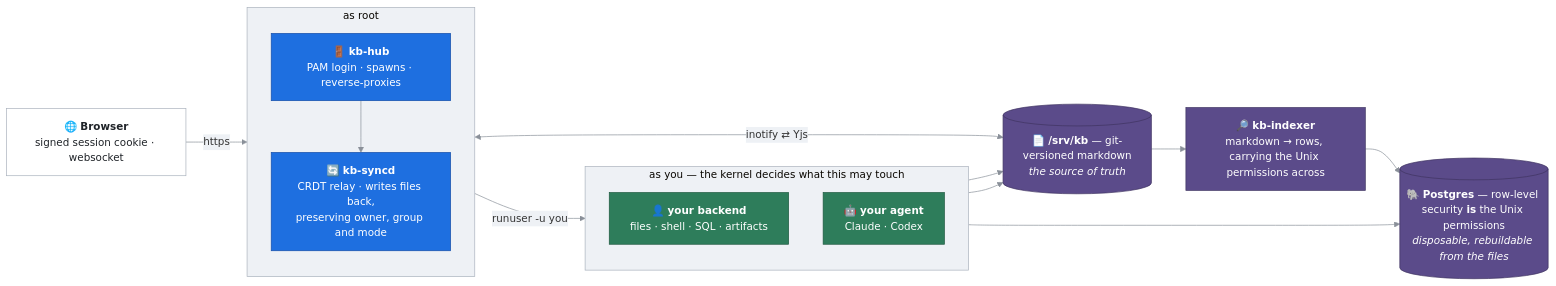
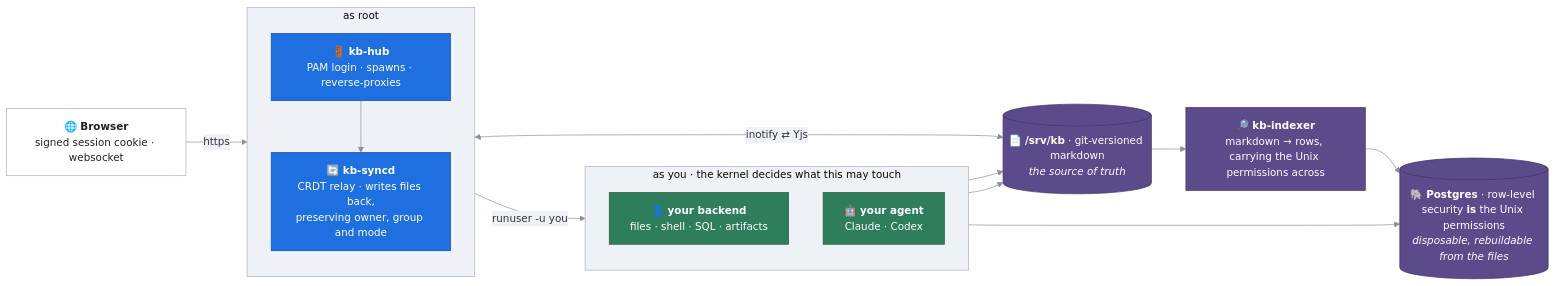
One commit to Ollsoft-ai/ollsoft-company-os changed the diagram in docs/ARCHITECTURE.md. Above: the diagram before and after it, drawn with Mermaid. The commit also changed 1 other file, not shown here.

Commit message:
Put the architecture diagram on the front page too
It is the one picture that answers "what is actually running", and sending a
reader to another file to see it costs more than the few lines it takes here.
Its labels lost their em dashes with the rest of the page.

````diff
--- a/docs/ARCHITECTURE.md
+++ b/docs/ARCHITECTURE.md
@@ -7,44 +7,44 @@
 ```mermaid
 %%{init: {"theme":"base","themeVariables":{
   "fontFamily":"ui-sans-serif, system-ui, sans-serif","fontSize":"15px",
   "lineColor":"#8a9099","textColor":"#1f2328",
   "clusterBkg":"#eef1f5","clusterBorder":"#aab2bd",
   "edgeLabelBackground":"#eef1f5"
 }}}%%
 flowchart LR
     B["🌐 <b>Browser</b><br/>signed session cookie · websocket"]
 
     subgraph ROOT ["as root"]
         direction TB
         HUB["🚪 <b>kb-hub</b><br/>PAM login · spawns · reverse-proxies"]
         SYNC["🔄 <b>kb-syncd</b><br/>CRDT relay · writes files back,<br/>preserving owner, group and mode"]
     end
 
-    subgraph YOU ["as you — the kernel decides what this may touch"]
+    subgraph YOU ["as you · the kernel decides what this may touch"]
         direction TB
         BE["👤 <b>your backend</b><br/>files · shell · SQL · artifacts"]
         AG["🤖 <b>your agent</b><br/>Claude · Codex"]
     end
 
-    FILES[("📄 <b>/srv/kb</b> — git-versioned markdown<br/><i>the source of truth</i>")]
+    FILES[("📄 <b>/srv/kb</b> · git-versioned markdown<br/><i>the source of truth</i>")]
     IDX["🔎 <b>kb-indexer</b><br/>markdown → rows, carrying the Unix permissions across"]
-    PG[("🐘 <b>Postgres</b> — row-level security <b>is</b> the Unix permissions<br/><i>disposable, rebuildable from the files</i>")]
+    PG[("🐘 <b>Postgres</b> · row-level security <b>is</b> the Unix permissions<br/><i>disposable, rebuildable from the files</i>")]
 
     B -->|https| HUB
     HUB -->|runuser -u you| BE
     HUB --> SYNC
     BE --> FILES
     AG --> FILES
     BE --> PG
     SYNC <-->|inotify ⇄ Yjs| FILES
     FILES --> IDX --> PG
 
     classDef svc  fill:#1E6FE0,stroke:#164FA8,color:#ffffff
     classDef mine fill:#2E7D5B,stroke:#1F5940,color:#ffffff
     classDef data fill:#5B4B8A,stroke:#3F3461,color:#ffffff
     classDef edge fill:#ffffff,stroke:#aab2bd,color:#1f2328
     class HUB,SYNC svc
     class BE,AG mine
     class FILES,PG,IDX data
     class B edge
 ```
````
